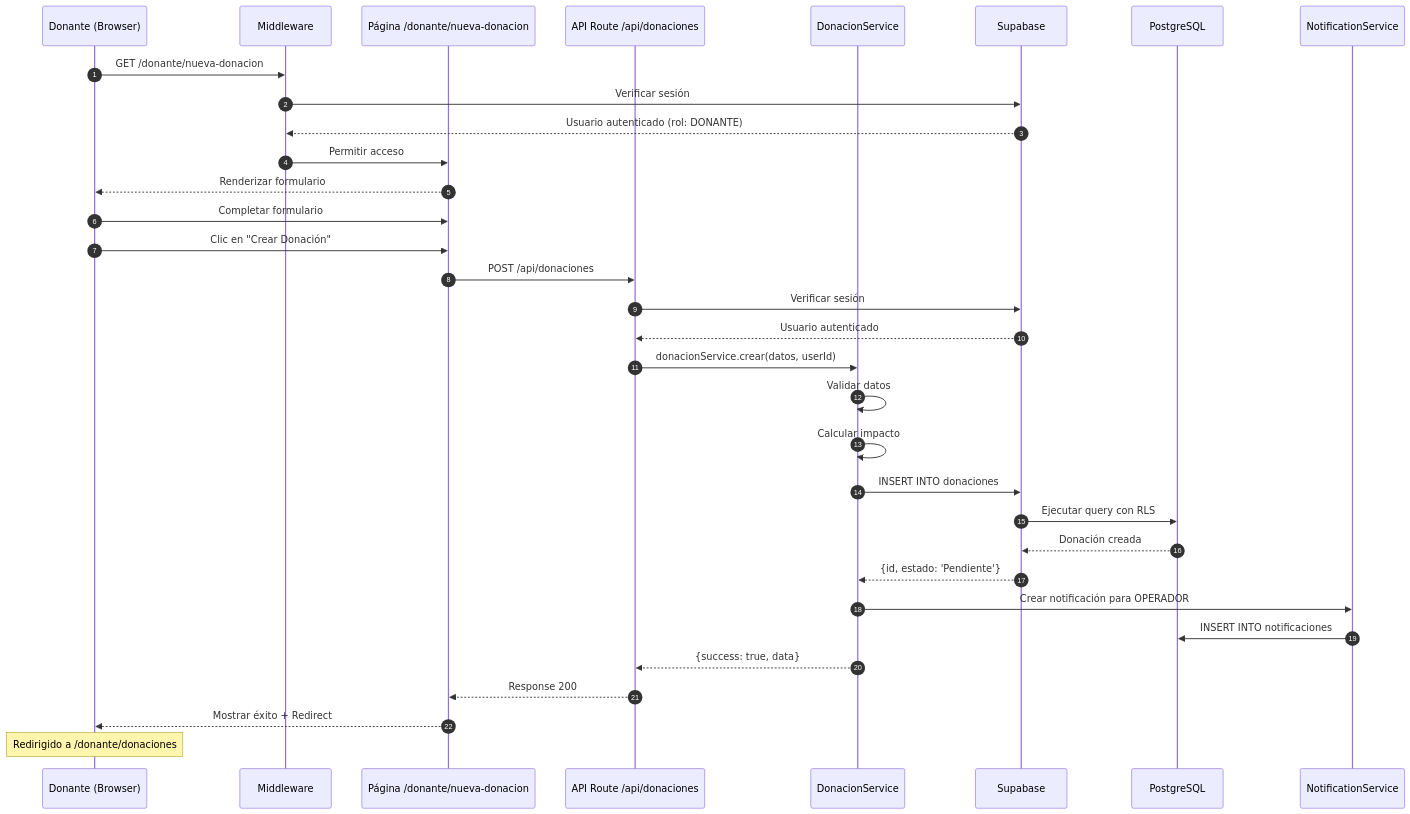
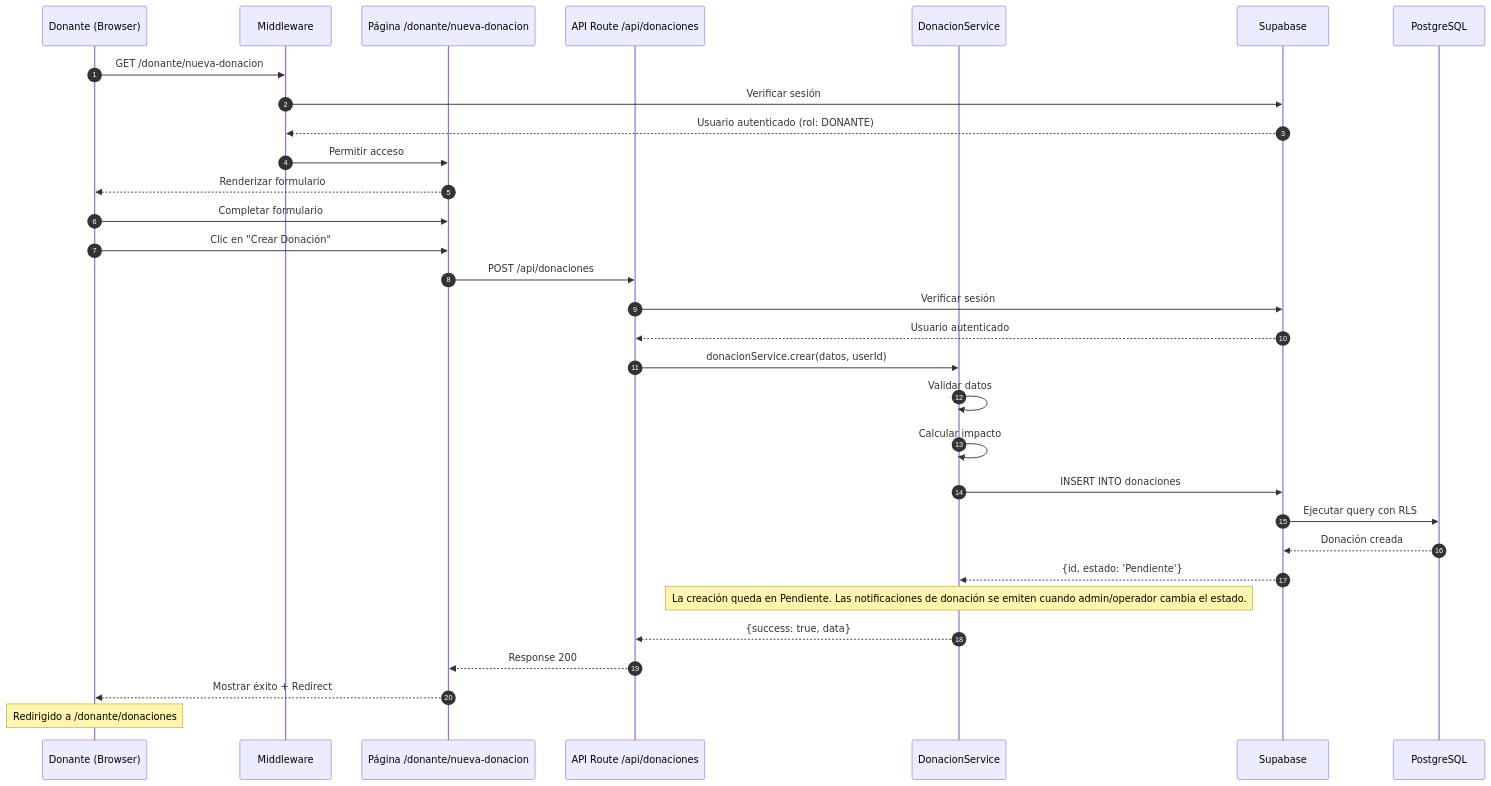
Before and after one commit to mintriago123/tesis_banco_alimentos: the ninth of 13 diagrams in docs/WORKFLOW.md, drawn with Mermaid. The commit also changed other lines of this file and 5 other files, not shown here.

````diff
--- a/docs/WORKFLOW.md
+++ b/docs/WORKFLOW.md
@@ -679,44 +707,42 @@
 ```mermaid
 sequenceDiagram
     autonumber
     participant D as Donante (Browser)
     participant M as Middleware
     participant P as Página /donante/nueva-donacion
     participant API as API Route /api/donaciones
     participant S as DonacionService
     participant SB as Supabase
     participant DB as PostgreSQL
-    participant NS as NotificationService
     
     D->>M: GET /donante/nueva-donacion
     M->>SB: Verificar sesión
     SB-->>M: Usuario autenticado (rol: DONANTE)
     M->>P: Permitir acceso
     P-->>D: Renderizar formulario
     
     D->>P: Completar formulario
     D->>P: Clic en "Crear Donación"
     P->>API: POST /api/donaciones
     
     API->>SB: Verificar sesión
     SB-->>API: Usuario autenticado
     
     API->>S: donacionService.crear(datos, userId)
     
     S->>S: Validar datos
     S->>S: Calcular impacto
     
     S->>SB: INSERT INTO donaciones
     SB->>DB: Ejecutar query con RLS
     DB-->>SB: Donación creada
     SB-->>S: {id, estado: 'Pendiente'}
     
-    S->>NS: Crear notificación para OPERADOR
-    NS->>DB: INSERT INTO notificaciones
+    Note over S: La creación queda en Pendiente. Las notificaciones de donación se emiten cuando admin/operador cambia el estado.
     
     S-->>API: {success: true, data}
     API-->>P: Response 200
     P-->>D: Mostrar éxito + Redirect
     
     Note over D: Redirigido a /donante/donaciones
 ```
````
